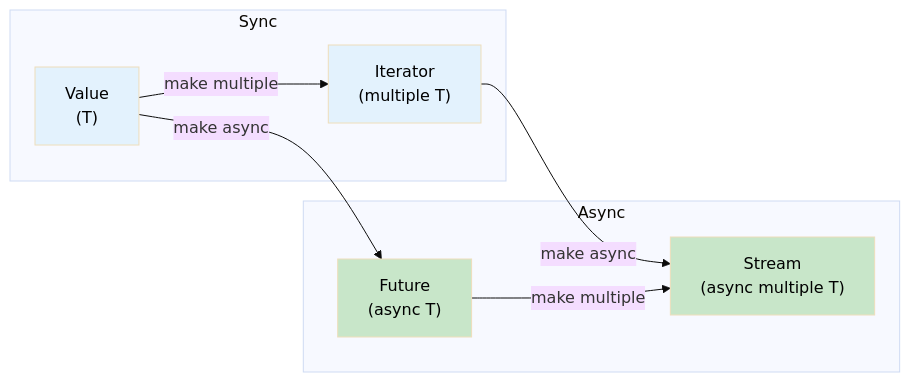
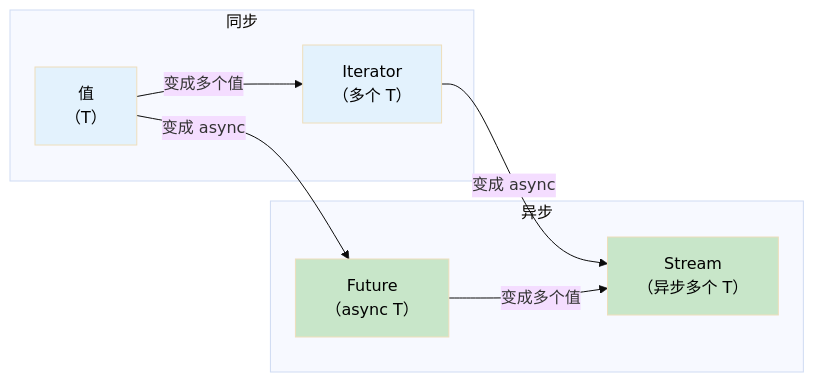
The diagram in async-book/src-zh/ch11-streams-and-asynciterator.md (hearsay316/RustTraining), drawn with Mermaid (base theme) before and after one commit. The commit also changed other lines of this file and 18 other files, not shown here.

````diff
--- a/async-book/src-zh/ch11-streams-and-asynciterator.md
+++ b/async-book/src-zh/ch11-streams-and-asynciterator.md
@@ -27,22 +27,22 @@
 ```mermaid
 graph LR
-    subgraph "Sync"
-        VAL["Value<br/>(T)"]
-        ITER["Iterator<br/>(multiple T)"]
+    subgraph "同步"
+        VAL["值<br/>（T）"]
+        ITER["Iterator<br/>（多个 T）"]
     end
 
-    subgraph "Async"
-        FUT["Future<br/>(async T)"]
-        STREAM["Stream<br/>(async multiple T)"]
+    subgraph "异步"
+        FUT["Future<br/>（async T）"]
+        STREAM["Stream<br/>（异步多个 T）"]
     end
 
-    VAL -->|"make async"| FUT
-    ITER -->|"make async"| STREAM
-    VAL -->|"make multiple"| ITER
-    FUT -->|"make multiple"| STREAM
+    VAL -->|"变成 async"| FUT
+    ITER -->|"变成 async"| STREAM
+    VAL -->|"变成多个值"| ITER
+    FUT -->|"变成多个值"| STREAM
 
     style VAL fill:#e3f2fd,color:#000
     style ITER fill:#e3f2fd,color:#000
     style FUT fill:#c8e6c9,color:#000
     style STREAM fill:#c8e6c9,color:#000
 ```
````
